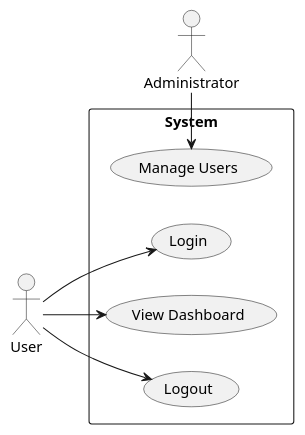
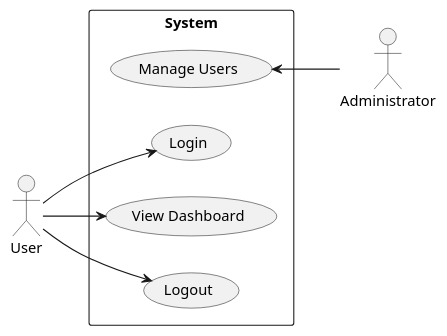
One commit to softwareDesign24/collaborateUML-ucd changed the diagram in use-case.puml. Above: the diagram before and after it, drawn with PlantUML.

```diff
--- a/use-case.puml
+++ b/use-case.puml
@@ -1,20 +1,20 @@
 @startuml
 
 left to right direction
 
 actor "User" as usr
 actor "Administrator" as admin
 
 rectangle System {
   usecase "Login" as UC1
   usecase "View Dashboard" as UC2
   usecase "Logout" as UC3
   usecase "Manage Users" as UC4
 }
 
 usr --> UC1
 usr --> UC2
 usr --> UC3
-admin -left-> UC4
+admin -up-> UC4
 
 @enduml
```
